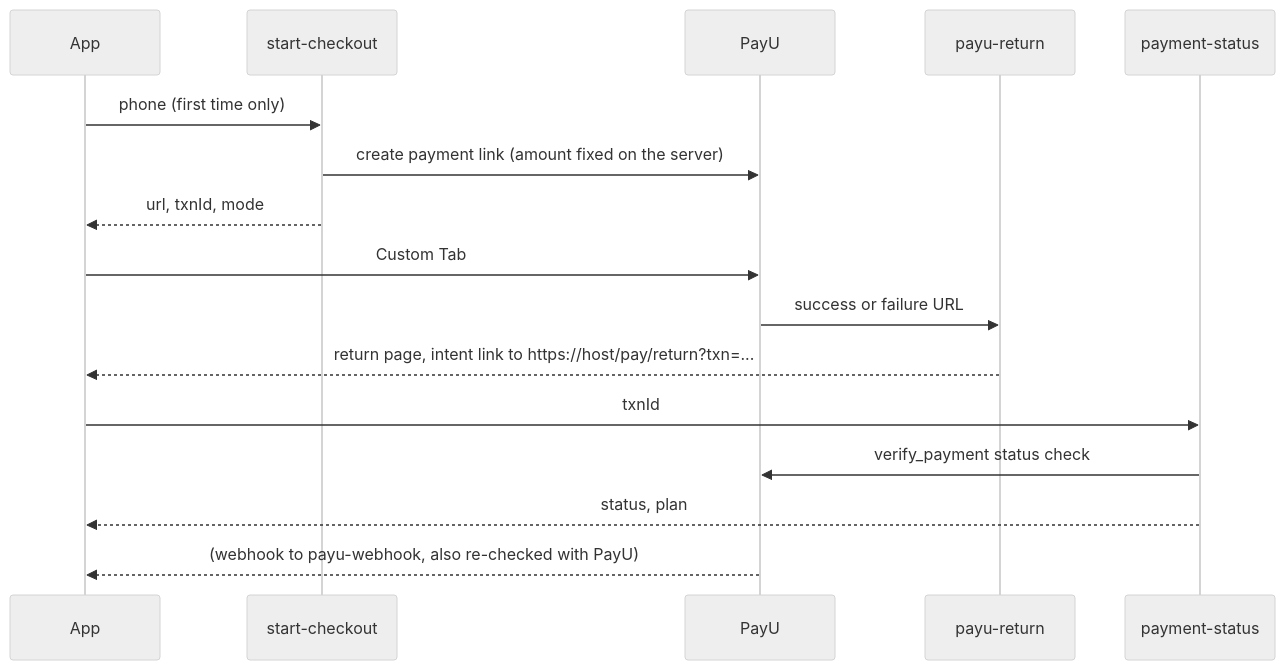
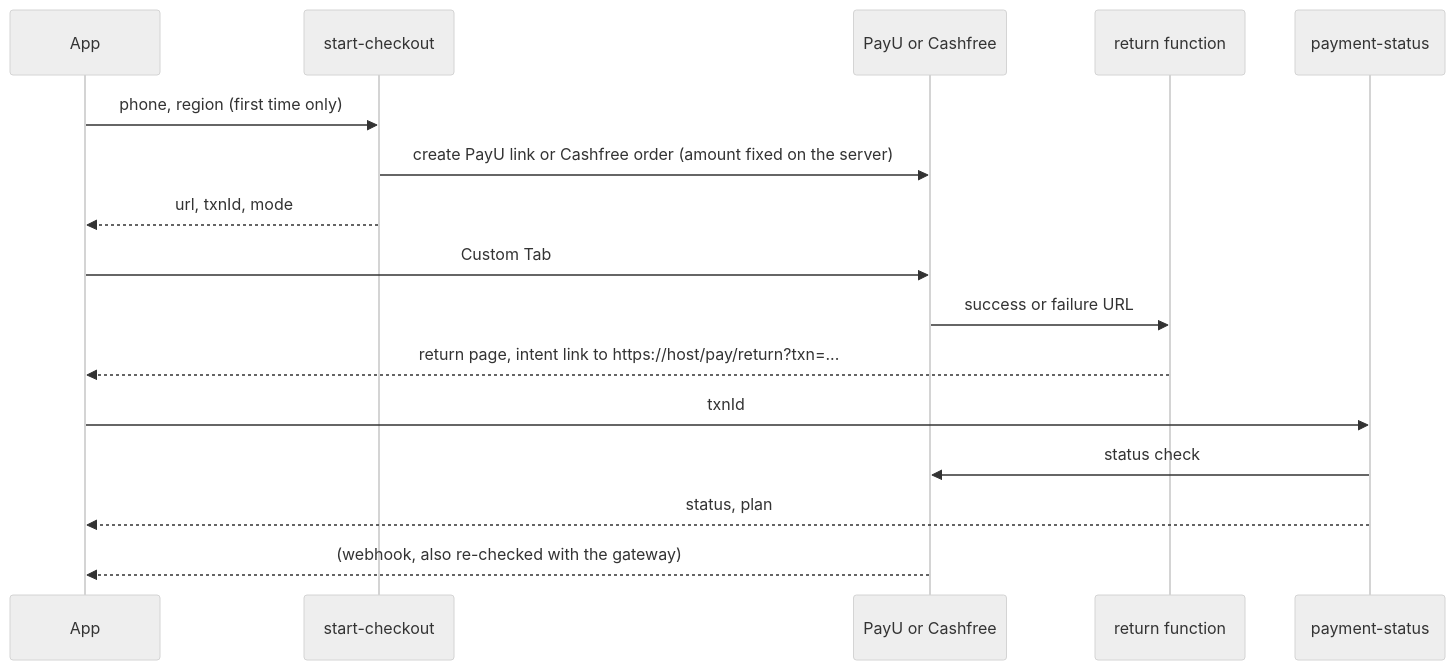
Before and after one commit to chinmayautoomstudio/MPlay: the diagram in docs/features/payments.md, drawn with Mermaid (neutral theme). The commit also changed other lines of this file and 26 other files, not shown here.

````diff
--- a/docs/features/payments.md
+++ b/docs/features/payments.md
@@ -39,18 +39,18 @@
 ```mermaid
 sequenceDiagram
     participant App
     participant Fn as start-checkout
-    participant PayU
-    participant Ret as payu-return
+    participant GW as PayU or Cashfree
+    participant Ret as return function
     participant St as payment-status
-    App->>Fn: phone (first time only)
-    Fn->>PayU: create payment link (amount fixed on the server)
+    App->>Fn: phone, region (first time only)
+    Fn->>GW: create PayU link or Cashfree order (amount fixed on the server)
     Fn-->>App: url, txnId, mode
-    App->>PayU: Custom Tab
-    PayU->>Ret: success or failure URL
+    App->>GW: Custom Tab
+    GW->>Ret: success or failure URL
     Ret-->>App: return page, intent link to https://host/pay/return?txn=...
     App->>St: txnId
-    St->>PayU: verify_payment status check
+    St->>GW: status check
     St-->>App: status, plan
-    PayU-->>App: (webhook to payu-webhook, also re-checked with PayU)
+    GW-->>App: (webhook, also re-checked with the gateway)
 ```
````
